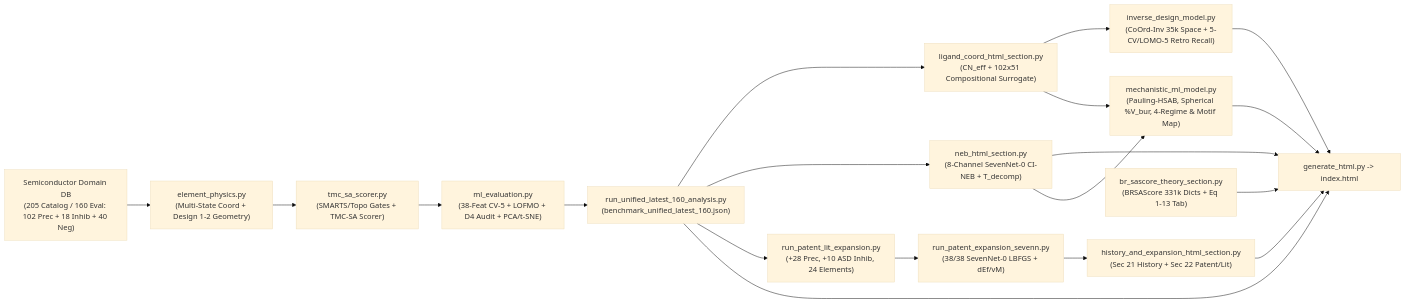
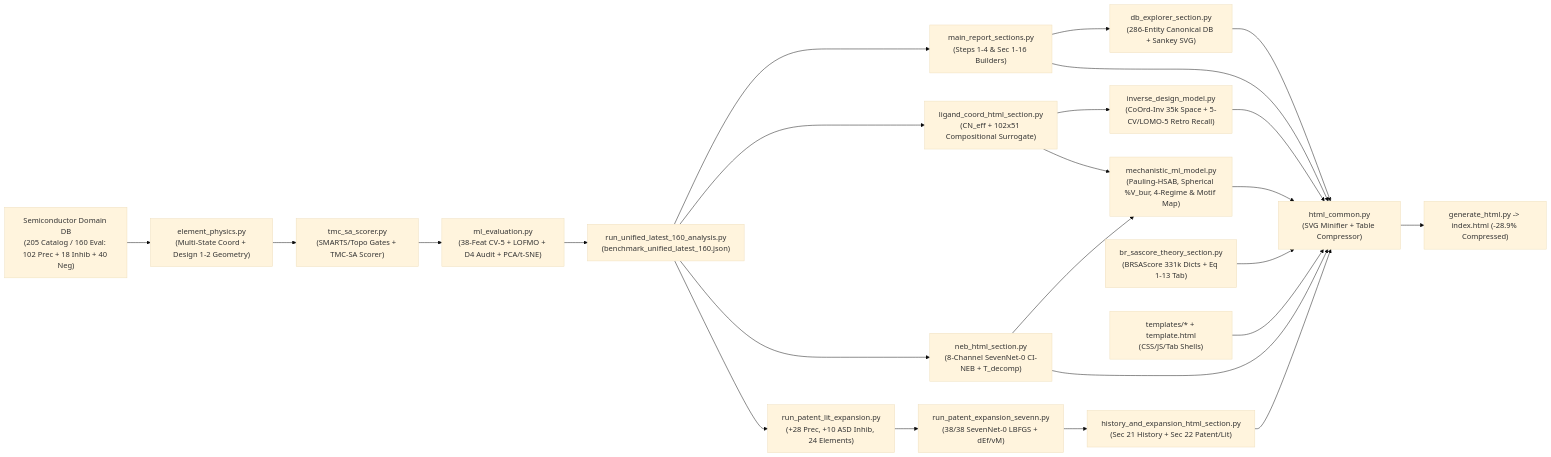
Before and after one commit to DonghLee57/study_synthetic_accessibility: the first of 2 diagrams in README.md, drawn with Mermaid (base theme). The commit also changed other lines of this file and 15 other files, not shown here.

Commit message:
refactor(html): modularize tab builders, add 2D CpTi(NMe2)3 SVG, and compress report by 29%

````diff
--- a/README.md
+++ b/README.md
@@ -189,21 +193,26 @@
 ```mermaid
 flowchart LR
     DB["Semiconductor Domain DB<br>(205 Catalog / 160 Eval: 102 Prec + 18 Inhib + 40 Neg)"] --> EP["element_physics.py<br>(Multi-State Coord + Design 1-2 Geometry)"]
     EP --> TS["tmc_sa_scorer.py<br>(SMARTS/Topo Gates + TMC-SA Scorer)"]
     TS --> MLE["ml_evaluation.py<br>(38-Feat CV-5 + LOFMO + D4 Audit + PCA/t-SNE)"]
     MLE --> ORCH["run_unified_latest_160_analysis.py<br>(benchmark_unified_latest_160.json)"]
+    ORCH --> MAIN["main_report_sections.py<br>(Steps 1-4 & Sec 1-16 Builders)"]
+    MAIN --> DBEX["db_explorer_section.py<br>(286-Entity Canonical DB + Sankey SVG)"]
     ORCH --> LIG["ligand_coord_html_section.py<br>(CN_eff + 102x51 Compositional Surrogate)"]
     ORCH --> NEB["neb_html_section.py<br>(8-Channel SevenNet-0 CI-NEB + T_decomp)"]
     LIG --> INV["inverse_design_model.py<br>(CoOrd-Inv 35k Space + 5-CV/LOMO-5 Retro Recall)"]
-    NEB --> HTML["generate_html.py -> index.html"]
-    INV --> HTML
     LIG --> MECH["mechanistic_ml_model.py<br>(Pauling-HSAB, Spherical %V_bur, 4-Regime & Motif Map)"]
     NEB --> MECH
-    MECH --> HTML
     ORCH --> EXP["run_patent_lit_expansion.py<br>(+28 Prec, +10 ASD Inhib, 24 Elements)"]
     EXP --> EXP7N["run_patent_expansion_sevenn.py<br>(38/38 SevenNet-0 LBFGS + dEf/vM)"]
     EXP7N --> HIST["history_and_expansion_html_section.py<br>(Sec 21 History + Sec 22 Patent/Lit)"]
-    HIST --> HTML
-    BRT["br_sascore_theory_section.py<br>(BRSAScore 331k Dicts + Eq 1-13 Tab)"] --> HTML
-    ORCH --> HTML
+    BRT["br_sascore_theory_section.py<br>(BRSAScore 331k Dicts + Eq 1-13 Tab)"] --> HC["html_common.py<br>(SVG Minifier + Table Compressor)"]
+    TPL["templates/* + template.html<br>(CSS/JS/Tab Shells)"] --> HC
+    MAIN --> HC
+    DBEX --> HC
+    NEB --> HC
+    INV --> HC
+    MECH --> HC
+    HIST --> HC
+    HC --> HTML["generate_html.py -> index.html (-28.9% Compressed)"]
 ```
````
